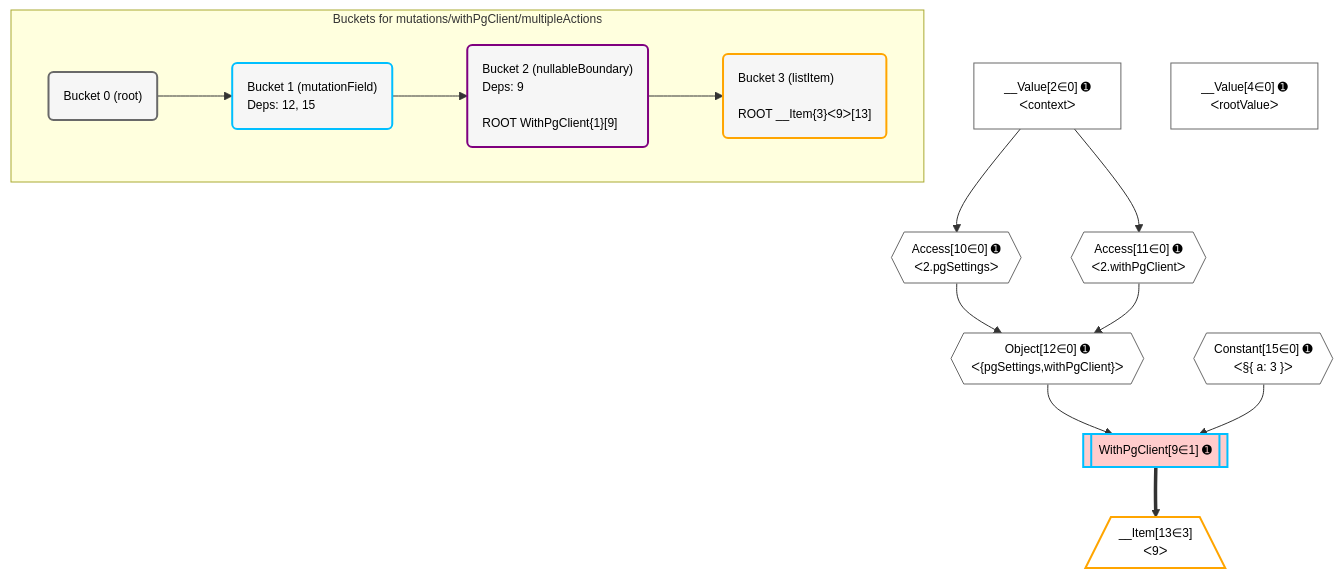
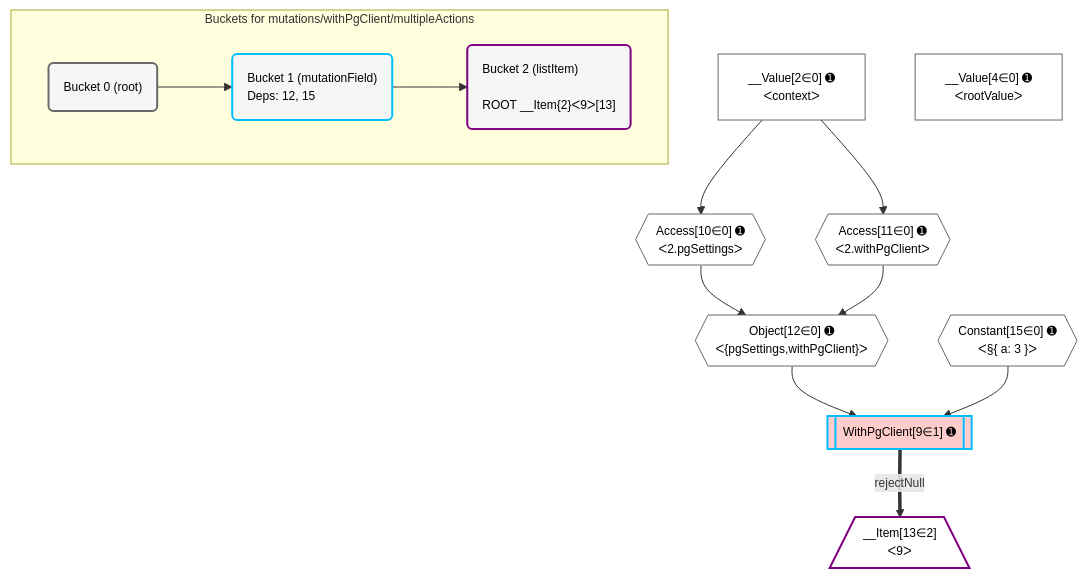
The diagram in grafast/dataplan-pg/__tests__/mutations/withPgClient/multipleActions.mermaid (graphile/crystal), drawn with Mermaid before and after one commit. The commit also changed 211 other files, not shown here.

Commit message:
Update plans now there's no nullableBoundary

```diff
--- a/grafast/dataplan-pg/__tests__/mutations/withPgClient/multipleActions.mermaid
+++ b/grafast/dataplan-pg/__tests__/mutations/withPgClient/multipleActions.mermaid
@@ -1,44 +1,40 @@
 %%{init: {'themeVariables': { 'fontSize': '12px'}}}%%
 graph TD
     classDef path fill:#eee,stroke:#000,color:#000
     classDef plan fill:#fff,stroke-width:1px,color:#000
     classDef itemplan fill:#fff,stroke-width:2px,color:#000
     classDef unbatchedplan fill:#dff,stroke-width:1px,color:#000
     classDef sideeffectplan fill:#fcc,stroke-width:2px,color:#000
     classDef bucket fill:#f6f6f6,color:#000,stroke-width:2px,text-align:left
 
 
     %% plan dependencies
     Object12{{"Object[12∈0] ➊<br />ᐸ{pgSettings,withPgClient}ᐳ"}}:::plan
     Access10{{"Access[10∈0] ➊<br />ᐸ2.pgSettingsᐳ"}}:::plan
     Access11{{"Access[11∈0] ➊<br />ᐸ2.withPgClientᐳ"}}:::plan
     Access10 & Access11 --> Object12
     __Value2["__Value[2∈0] ➊<br />ᐸcontextᐳ"]:::plan
     __Value2 --> Access10
     __Value2 --> Access11
     __Value4["__Value[4∈0] ➊<br />ᐸrootValueᐳ"]:::plan
     Constant15{{"Constant[15∈0] ➊<br />ᐸ§{ a: 3 }ᐳ"}}:::plan
     WithPgClient9[["WithPgClient[9∈1] ➊"]]:::sideeffectplan
     Object12 & Constant15 --> WithPgClient9
-    __Item13[/"__Item[13∈3]<br />ᐸ9ᐳ"\]:::itemplan
-    WithPgClient9 ==> __Item13
+    __Item13[/"__Item[13∈2]<br />ᐸ9ᐳ"\]:::itemplan
+    WithPgClient9 ==>|rejectNull| __Item13
 
     %% define steps
 
     subgraph "Buckets for mutations/withPgClient/multipleActions"
     Bucket0("Bucket 0 (root)"):::bucket
     classDef bucket0 stroke:#696969
     class Bucket0,__Value2,__Value4,Access10,Access11,Object12,Constant15 bucket0
     Bucket1("Bucket 1 (mutationField)<br />Deps: 12, 15"):::bucket
     classDef bucket1 stroke:#00bfff
     class Bucket1,WithPgClient9 bucket1
-    Bucket2("Bucket 2 (nullableBoundary)<br />Deps: 9<br /><br />ROOT WithPgClient{1}[9]"):::bucket
+    Bucket2("Bucket 2 (listItem)<br /><br />ROOT __Item{2}ᐸ9ᐳ[13]"):::bucket
     classDef bucket2 stroke:#7f007f
-    class Bucket2 bucket2
-    Bucket3("Bucket 3 (listItem)<br /><br />ROOT __Item{3}ᐸ9ᐳ[13]"):::bucket
-    classDef bucket3 stroke:#ffa500
-    class Bucket3,__Item13 bucket3
+    class Bucket2,__Item13 bucket2
     Bucket0 --> Bucket1
     Bucket1 --> Bucket2
-    Bucket2 --> Bucket3
     end
```
